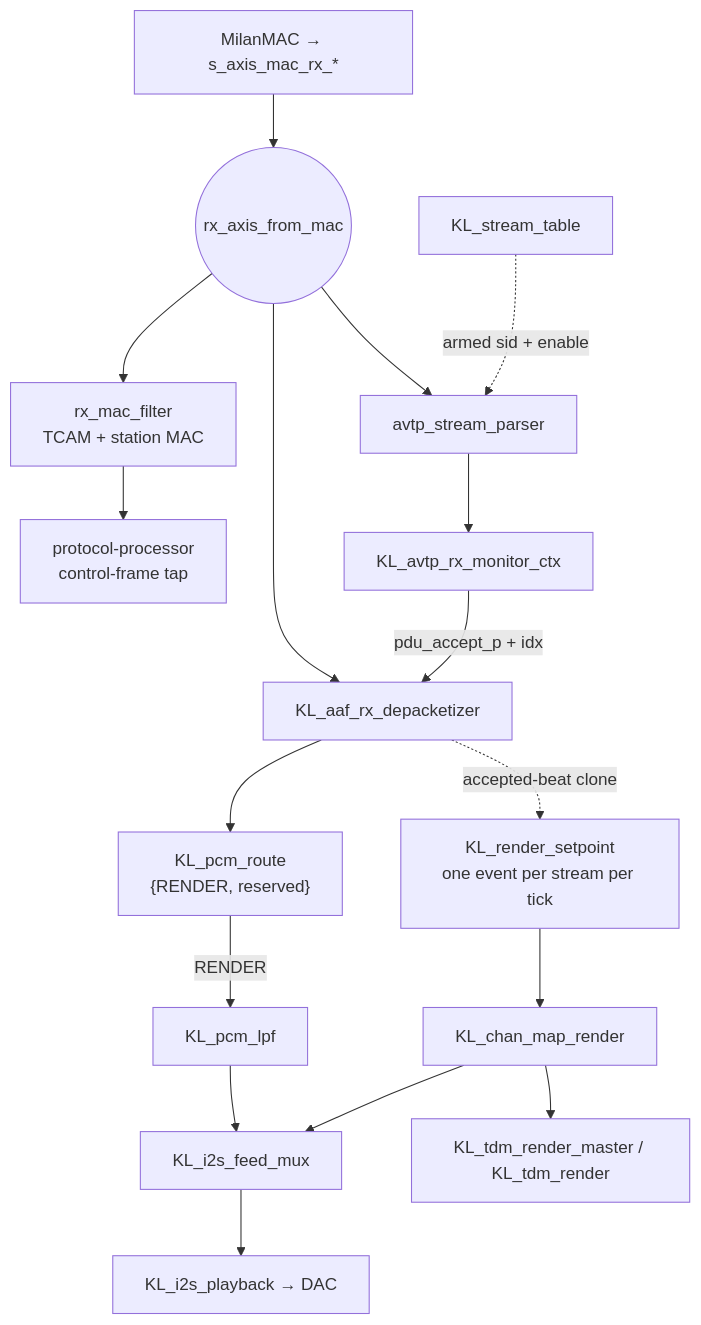
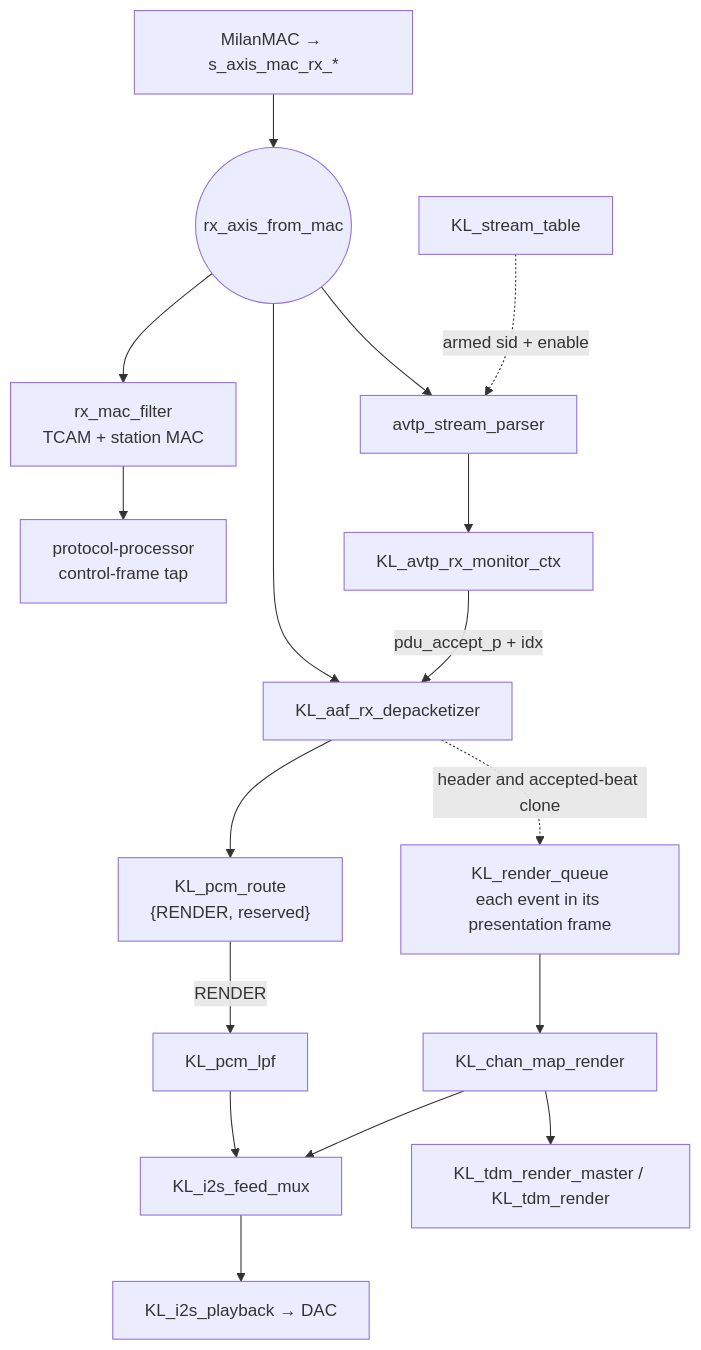
One commit to kebag-logic/milan-fpga changed the second of 2 diagrams in docs/fpga/DATAPLANE_WALKTHROUGH.md. Above: the diagram before and after it, drawn with Mermaid. The commit also changed 19 other files, not shown here.

Commit message:
Document the listener's presentation at the timestamp: the law, its range, rules and counters, step and hold, what replaces the #386 and #387 recentres, RENDER_STAT's fields, and the suites that grade it

````diff
--- a/docs/fpga/DATAPLANE_WALKTHROUGH.md
+++ b/docs/fpga/DATAPLANE_WALKTHROUGH.md
@@ -148,19 +148,19 @@
 ```mermaid
 flowchart TB
     MAC["MilanMAC → s_axis_mac_rx_*"] --> TEE(("rx_axis_from_mac"))
     TEE --> FILT["rx_mac_filter<br/>TCAM + station MAC"]
     FILT --> CTRL["protocol-processor<br/>control-frame tap"]
     TEE --> PARSE["avtp_stream_parser"]
     TBL["KL_stream_table"] -.->|"armed sid + enable"| PARSE
     PARSE --> MON["KL_avtp_rx_monitor_ctx"]
     TEE --> DEPKT["KL_aaf_rx_depacketizer"]
     MON -->|"pdu_accept_p + idx"| DEPKT
     DEPKT --> ROUTE["KL_pcm_route<br/>{RENDER, reserved}"]
     ROUTE -->|RENDER| LPF["KL_pcm_lpf"]
     LPF --> FMUX["KL_i2s_feed_mux"]
     FMUX --> I2S["KL_i2s_playback → DAC"]
-    DEPKT -.->|"accepted-beat clone"| RSP["KL_render_setpoint<br/>one event per stream per tick"]
-    RSP --> RMAP["KL_chan_map_render"]
+    DEPKT -.->|"header and accepted-beat clone"| RQ["KL_render_queue<br/>each event in its presentation frame"]
+    RQ --> RMAP["KL_chan_map_render"]
     RMAP --> FMUX
     RMAP --> TDM["KL_tdm_render_master / KL_tdm_render"]
 ```
````
